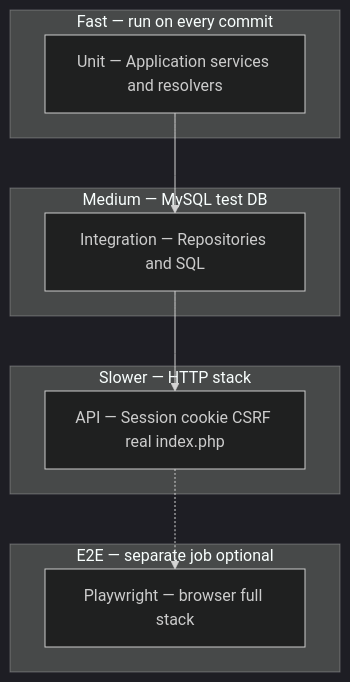
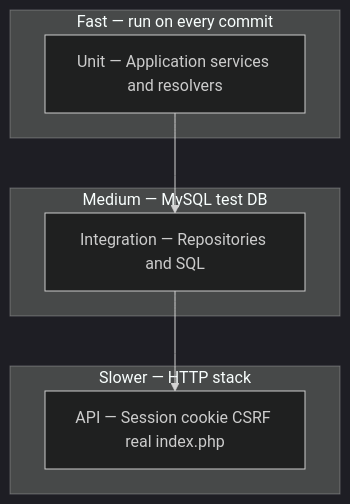
One commit to Vassili-REGNIER/matheopolis changed the diagram in docs/testing/backend-test-plan.md. Above: the diagram before and after it, drawn with Mermaid (dark theme). The commit also changed other lines of this file and 31 other files, not shown here.

````diff
--- a/docs/testing/backend-test-plan.md
+++ b/docs/testing/backend-test-plan.md
@@ -25,17 +24,13 @@
 ```mermaid
 flowchart TB
   subgraph fast [Fast — run on every commit]
     U[Unit — Application services and resolvers]
   end
   subgraph medium [Medium — MySQL test DB]
     I[Integration — Repositories and SQL]
   end
   subgraph slower [Slower — HTTP stack]
     A[API — Session cookie CSRF real index.php]
   end
-  subgraph e2e [E2E — separate job optional]
-    P[Playwright — browser full stack]
-  end
   U --> I --> A
-  A -.-> P
 ```
````
